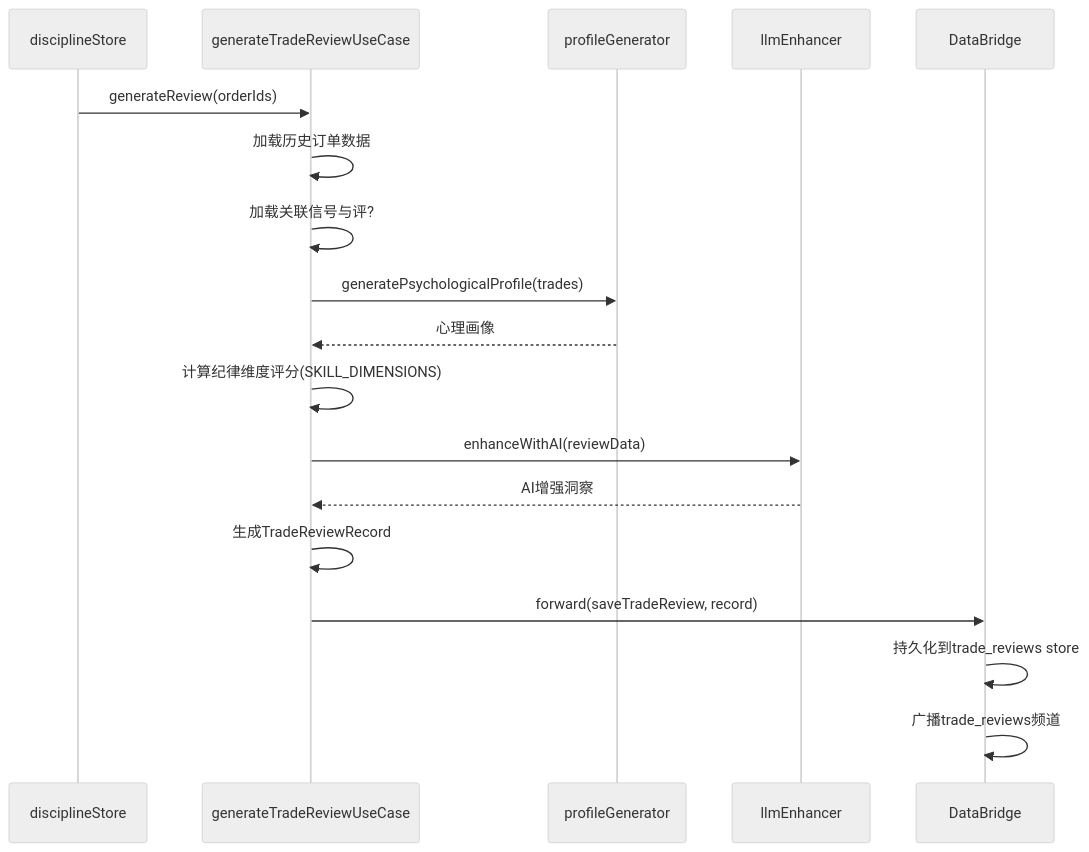
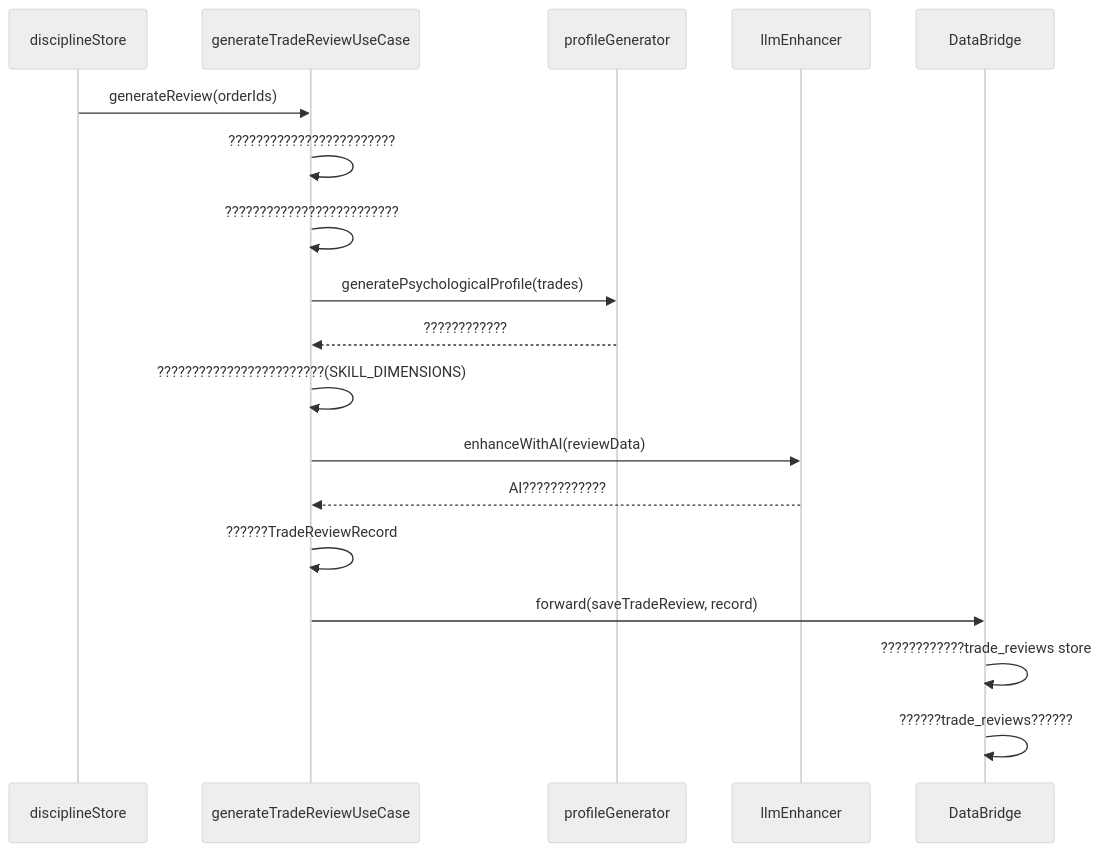
One commit to DHENGHONGYU/- changed diagram 12 of 19 in docs/explanation/design/databridge数据链路全景分析报告.md. Above: the diagram before and after it, drawn with Mermaid (neutral theme). The commit also changed other lines of this file and 664 other files, not shown here.

````diff
--- a/docs/explanation/design/databridge数据链路全景分析报告.md
+++ b/docs/explanation/design/databridge数据链路全景分析报告.md
@@ -536,25 +536,25 @@
 ```mermaid
 sequenceDiagram
     participant Store as disciplineStore
     participant UseCase as generateTradeReviewUseCase
     participant Profile as profileGenerator
     participant LLM as llmEnhancer
     participant DataBridge as DataBridge
     
     Store->>UseCase: generateReview(orderIds)
-    UseCase->>UseCase: 加载历史订单数据
-    UseCase->>UseCase: 加载关联信号与评?    
+    UseCase->>UseCase: ????????????????????????
+    UseCase->>UseCase: ?????????????????????????    
     UseCase->>Profile: generatePsychologicalProfile(trades)
-    Profile-->>UseCase: 心理画像
+    Profile-->>UseCase: ????????????
     
-    UseCase->>UseCase: 计算纪律维度评分(SKILL_DIMENSIONS)
+    UseCase->>UseCase: ????????????????????????(SKILL_DIMENSIONS)
     
     UseCase->>LLM: enhanceWithAI(reviewData)
-    LLM-->>UseCase: AI增强洞察
+    LLM-->>UseCase: AI????????????
     
-    UseCase->>UseCase: 生成TradeReviewRecord
+    UseCase->>UseCase: ??????TradeReviewRecord
     
     UseCase->>DataBridge: forward(saveTradeReview, record)
-    DataBridge->>DataBridge: 持久化到trade_reviews store
-    DataBridge->>DataBridge: 广播trade_reviews频道
+    DataBridge->>DataBridge: ????????????trade_reviews store
+    DataBridge->>DataBridge: ??????trade_reviews??????
 ```
````
